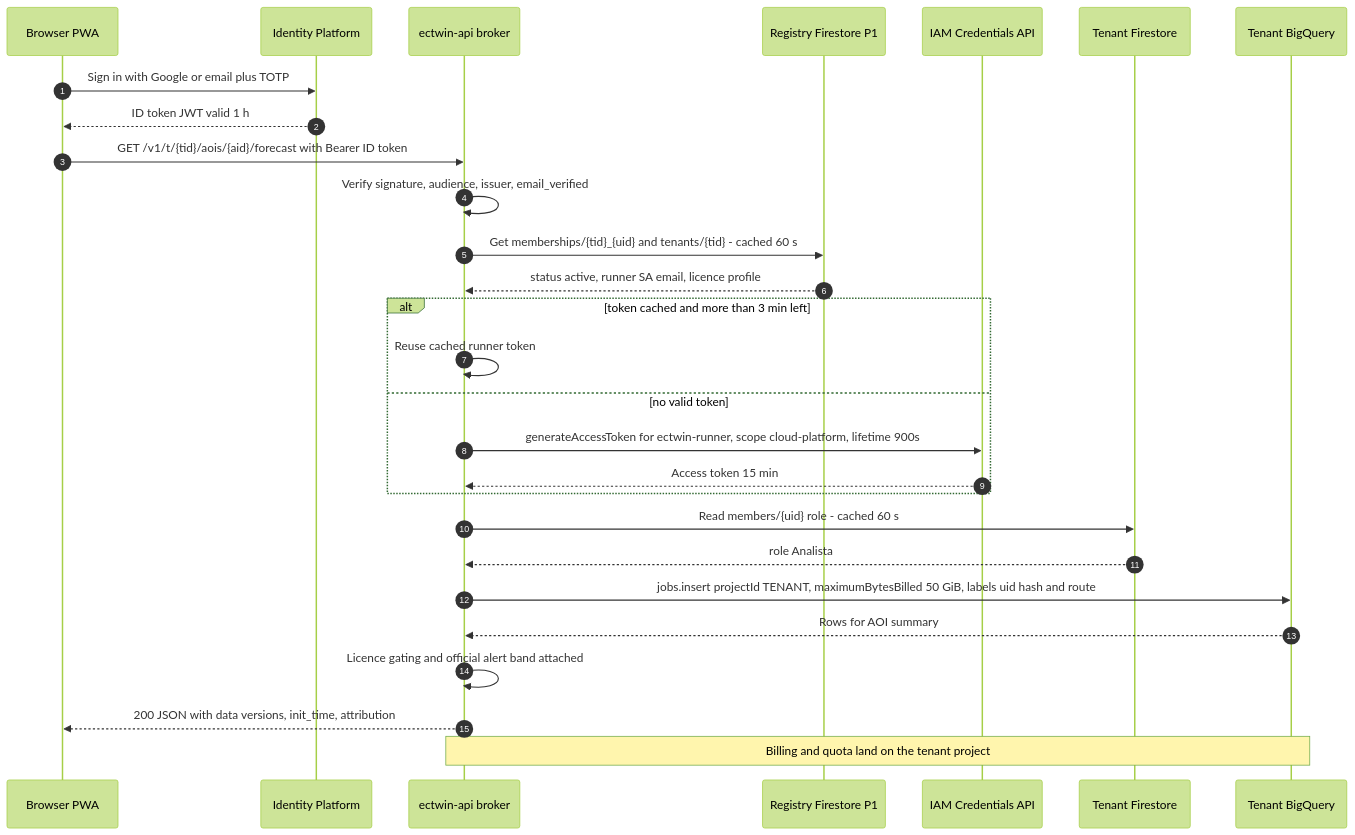
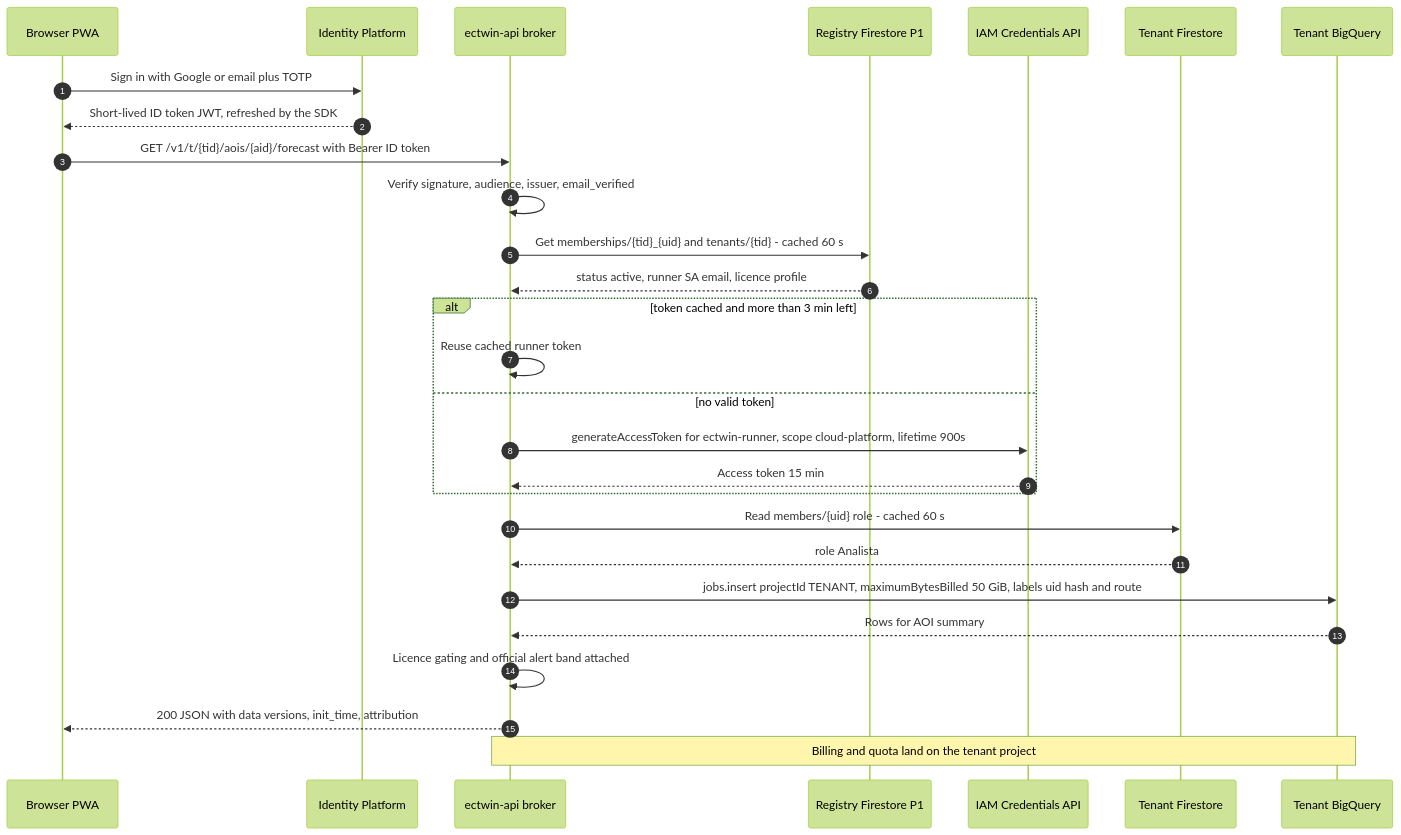
The third of 4 diagrams in docs/03-architecture.md (mcastroarroyo/weathernext), drawn with Mermaid (forest theme) before and after one commit. The commit also changed other lines of this file, not shown here.

First line of the commit message:
Fact-check docs/03-architecture.md

````diff
--- a/docs/03-architecture.md
+++ b/docs/03-architecture.md
@@ -321,30 +327,30 @@
 ```mermaid
 sequenceDiagram
   autonumber
   participant B as Browser PWA
   participant I as Identity Platform
   participant A as ectwin-api broker
   participant R as Registry Firestore P1
   participant C as IAM Credentials API
   participant F as Tenant Firestore
   participant Q as Tenant BigQuery
   B->>I: Sign in with Google or email plus TOTP
-  I-->>B: ID token JWT valid 1 h
+  I-->>B: Short-lived ID token JWT, refreshed by the SDK
   B->>A: GET /v1/t/{tid}/aois/{aid}/forecast with Bearer ID token
   A->>A: Verify signature, audience, issuer, email_verified
   A->>R: Get memberships/{tid}_{uid} and tenants/{tid} - cached 60 s
   R-->>A: status active, runner SA email, licence profile
   alt token cached and more than 3 min left
     A->>A: Reuse cached runner token
   else no valid token
     A->>C: generateAccessToken for ectwin-runner, scope cloud-platform, lifetime 900s
     C-->>A: Access token 15 min
   end
   A->>F: Read members/{uid} role - cached 60 s
   F-->>A: role Analista
   A->>Q: jobs.insert projectId TENANT, maximumBytesBilled 50 GiB, labels uid hash and route
   Q-->>A: Rows for AOI summary
   A->>A: Licence gating and official alert band attached
   A-->>B: 200 JSON with data versions, init_time, attribution
   Note over A,Q: Billing and quota land on the tenant project
 ```
````
